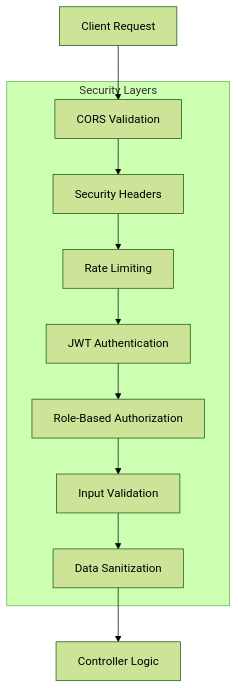
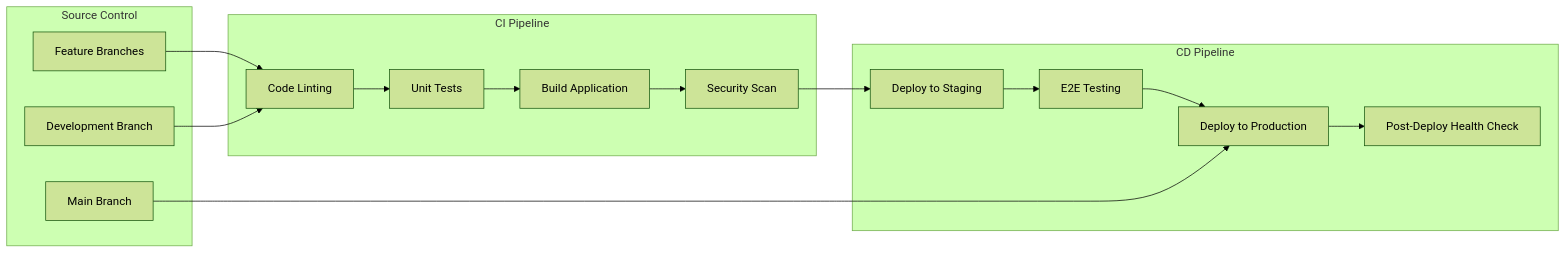
Before and after one commit to openlearnnitj/openlearn-backend: the ninth of 9 diagrams in README.md, drawn with Mermaid (forest theme). The commit also changed other lines of this file and 6 other files, not shown here.

````diff
--- a/README.md
+++ b/README.md
@@ -515,21 +639,33 @@
 ```mermaid
-graph TB
-    Client[Client Request] --> CORS[CORS Validation]
-    CORS --> Headers[Security Headers]
-    Headers --> Rate[Rate Limiting]
-    Rate --> Auth[JWT Authentication]
-    Auth --> RBAC[Role-Based Authorization]
-    RBAC --> Valid[Input Validation]
-    Valid --> Sanitize[Data Sanitization]
-    Sanitize --> Controller[Controller Logic]
+graph LR
+    subgraph "Source Control"
+        DEV_BRANCH[Development Branch]
+        FEATURE_BRANCH[Feature Branches]
+        MAIN_BRANCH[Main Branch]
+    end
     
-    subgraph "Security Layers"
-        CORS
-        Headers
-        Rate
-        Auth
-        RBAC
-        Valid
-        Sanitize
+    subgraph "CI Pipeline"
+        LINT[Code Linting]
+        TEST[Unit Tests]
+        BUILD[Build Application]
+        SECURITY[Security Scan]
     end
+    
+    subgraph "CD Pipeline"
+        STAGING_DEPLOY[Deploy to Staging]
+        E2E_TEST[E2E Testing]
+        PROD_DEPLOY[Deploy to Production]
+        HEALTH_CHECK[Post-Deploy Health Check]
+    end
+    
+    FEATURE_BRANCH --> LINT
+    DEV_BRANCH --> LINT
+    LINT --> TEST
+    TEST --> BUILD
+    BUILD --> SECURITY
+    SECURITY --> STAGING_DEPLOY
+    STAGING_DEPLOY --> E2E_TEST
+    E2E_TEST --> PROD_DEPLOY
+    PROD_DEPLOY --> HEALTH_CHECK
+    MAIN_BRANCH --> PROD_DEPLOY
 ```
````
